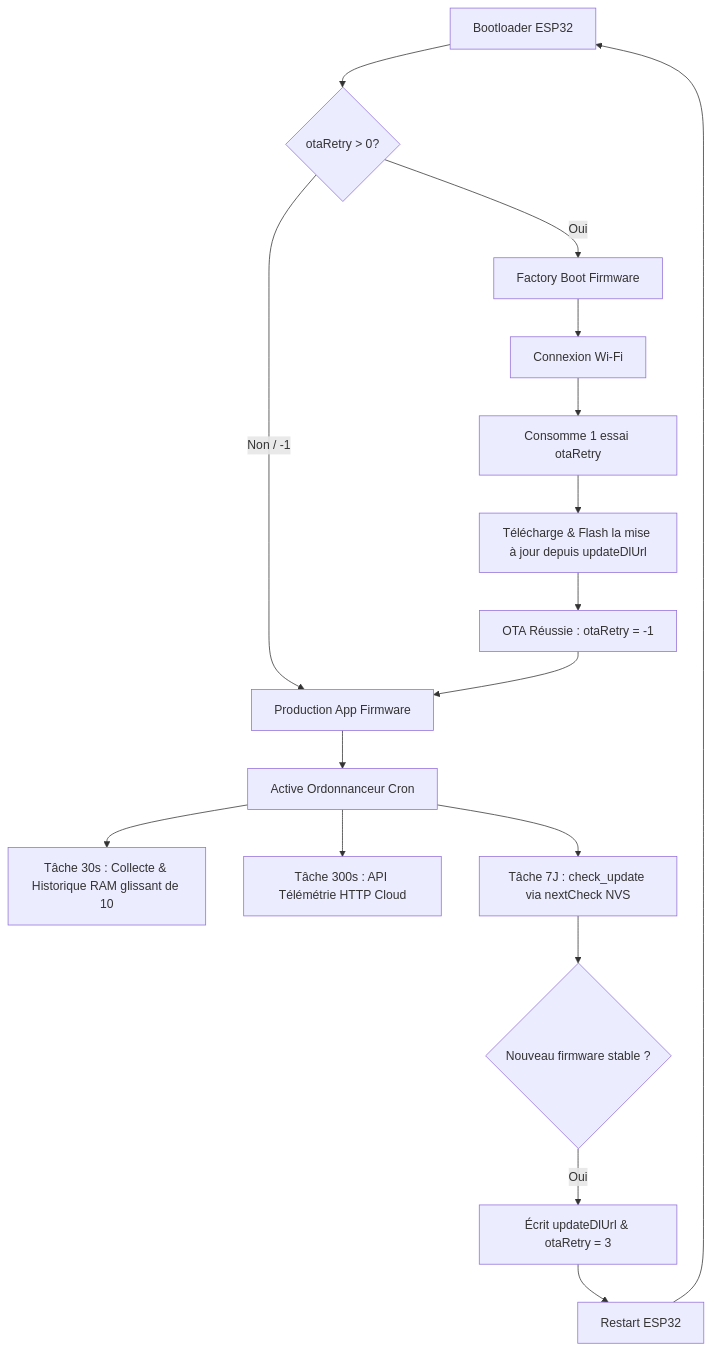
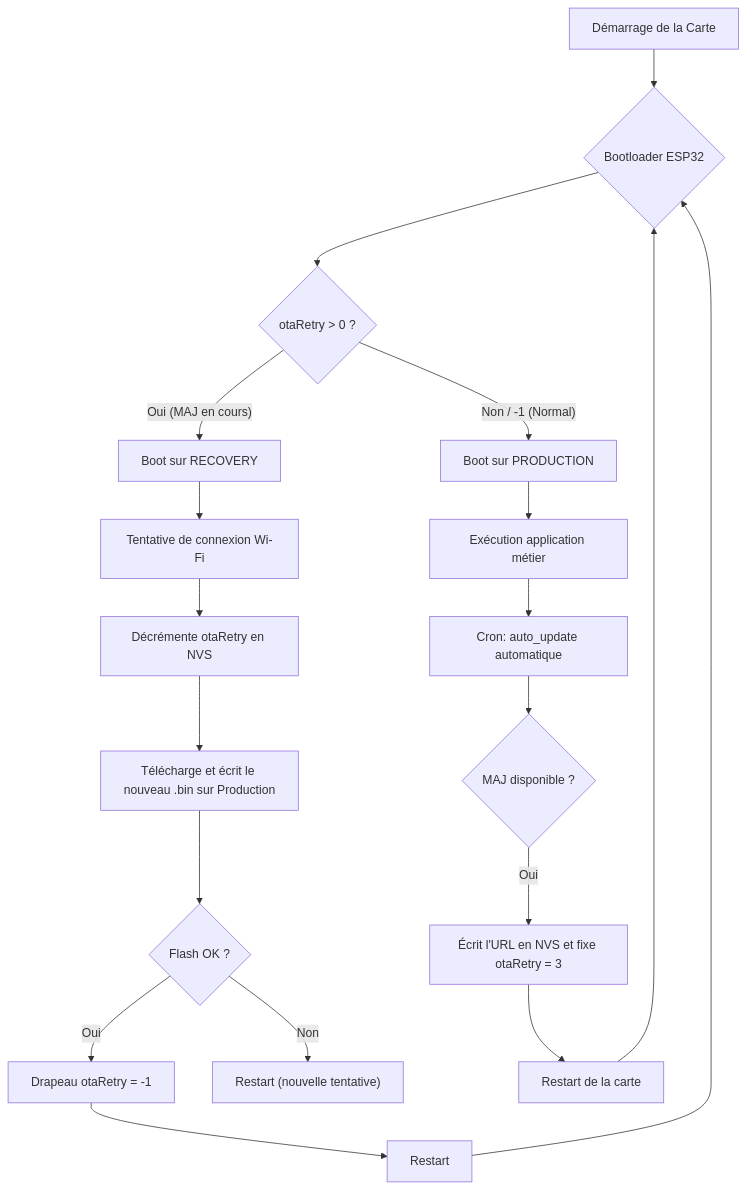
One commit to sctfic/WhisperEye changed the diagram in README.md. Above: the diagram before and after it, drawn with Mermaid. The commit also changed other lines of this file and 27 other files, not shown here.

````diff
--- a/README.md
+++ b/README.md
@@ -71,22 +35,23 @@
 ```mermaid
 graph TD
-    A[Bootloader ESP32] --> B{otaRetry > 0?}
-    B -- Oui --> C[Factory Boot Firmware]
-    B -- Non / -1 --> D[Production App Firmware]
-    
-    C --> C1[Connexion Wi-Fi]
-    C1 --> C2[Consomme 1 essai otaRetry]
-    C2 --> C3[Télécharge & Flash la mise à jour depuis updateDlUrl]
-    C3 --> C4[OTA Réussie : otaRetry = -1]
-    C4 --> D
-    
-    D --> D1[Active Ordonnanceur Cron]
-    D1 --> D2[Tâche 30s : Collecte & Historique RAM glissant de 10]
-    D1 --> D3[Tâche 300s : API Télémétrie HTTP Cloud]
-    D1 --> D4[Tâche 7J : check_update via nextCheck NVS]
-    
-    D4 --> D5{Nouveau firmware stable ?}
-    D5 -- Oui --> D6[Écrit updateDlUrl & otaRetry = 3]
-    D6 --> D7[Restart ESP32]
-    D7 --> A
+    A[Démarrage de la Carte] --> B{Bootloader ESP32}
+    B --> C{otaRetry > 0 ?}
+    C -- "Oui (MAJ en cours)" --> D[Boot sur RECOVERY]
+    C -- "Non / -1 (Normal)" --> E[Boot sur PRODUCTION]
+
+    D --> D1[Tentative de connexion Wi-Fi]
+    D1 --> D2[Décrémente otaRetry en NVS]
+    D2 --> D3[Télécharge et écrit le nouveau .bin sur Production]
+    D3 --> D4{Flash OK ?}
+    D4 -- Oui --> D5[Drapeau otaRetry = -1]
+    D4 -- Non --> D6["Restart (nouvelle tentative)"]
+    D5 --> D7[Restart]
+    D7 --> B
+
+    E --> E1[Exécution application métier]
+    E1 --> E2[Cron: auto_update automatique]
+    E2 --> E3{MAJ disponible ?}
+    E3 -- Oui --> E4[Écrit l'URL en NVS et fixe otaRetry = 3]
+    E4 --> E5[Restart de la carte]
+    E5 --> B
 ```
````
